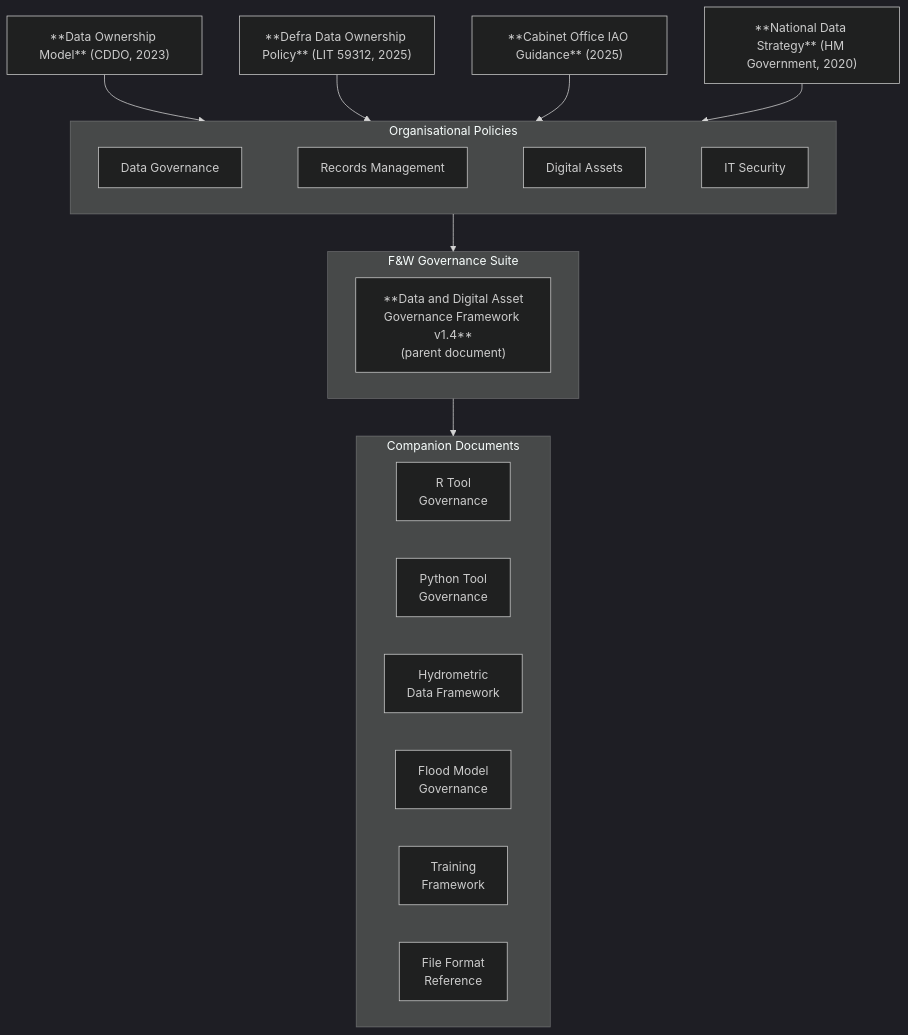
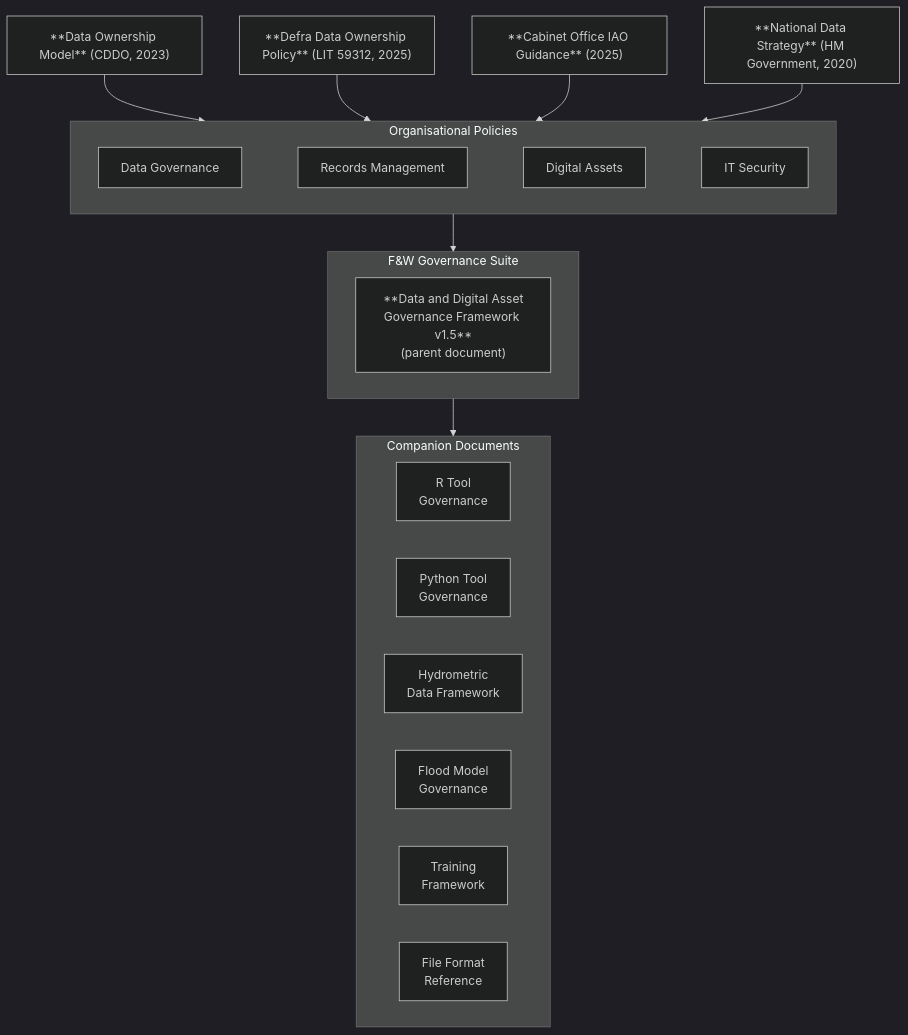
The first of 2 diagrams in presentation/governance-overview.qmd (JonPayneEA/Governance), drawn with Mermaid (dark theme) before and after one commit. The commit also changed 11 other files, not shown here.

````diff
--- a/presentation/governance-overview.qmd
+++ b/presentation/governance-overview.qmd
@@ -50,31 +50,31 @@
 ```{mermaid}
 flowchart TD
     A["**Data Ownership Model** (CDDO, 2023)"]
     B["**Defra Data Ownership Policy** (LIT 59312, 2025)"]
     C["**Cabinet Office IAO Guidance** (2025)"]
     D["**National Data Strategy** (HM Government, 2020)"]
 
     subgraph ORG["Organisational Policies"]
         direction LR
         O1["Data Governance"] ~~~ O2["Records Management"] ~~~ O3["Digital Assets"] ~~~ O4["IT Security"]
     end
 
     subgraph FW["F&W Governance Suite"]
         direction LR
-        P["**Data and Digital Asset\nGovernance Framework v1.4**\n(parent document)"]
+        P["**Data and Digital Asset\nGovernance Framework v1.5**\n(parent document)"]
     end
 
     subgraph COMP["Companion Documents"]
         direction LR
         C1["R Tool\nGovernance"]
         C2["Python Tool\nGovernance"]
         C3["Hydrometric\nData Framework"]
         C4["Flood Model\nGovernance"]
         C5["Training\nFramework"]
         C6["File Format\nReference"]
     end
 
     A & B & C & D --> ORG
     ORG --> FW
     P --> COMP
 ```
````
